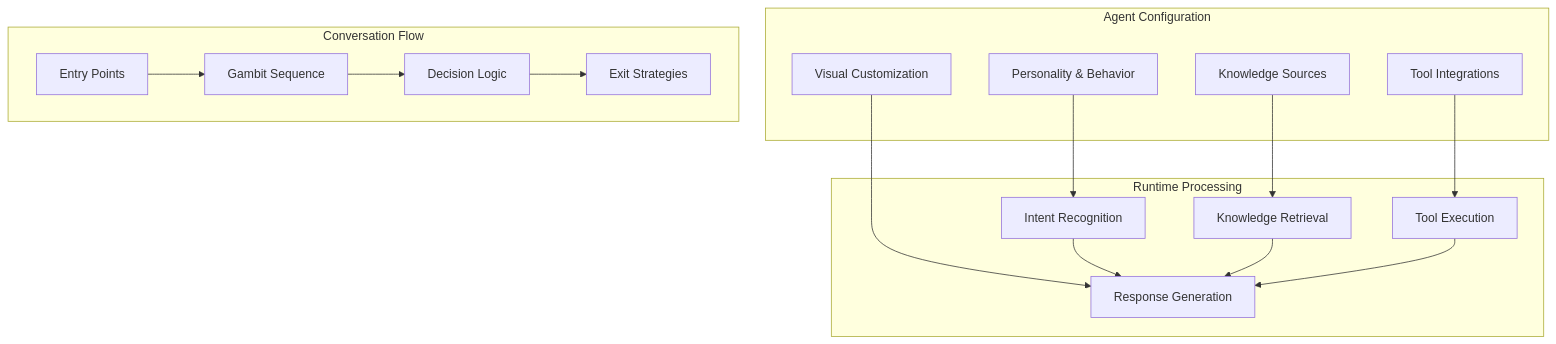
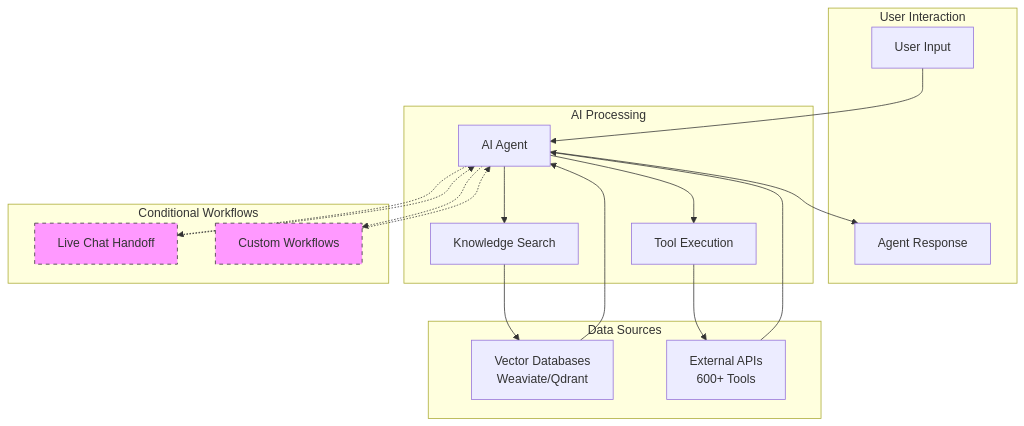
The diagram in platform-fundamentals/key-concepts.mdx (VENUCODE/docs), drawn with Mermaid before and after one commit. The commit also changed other lines of this file and 11 other files, not shown here.

````diff
--- a/platform-fundamentals/key-concepts.mdx
+++ b/platform-fundamentals/key-concepts.mdx
@@ -112,34 +54,39 @@
 ```mermaid
 graph TB
-    subgraph "Agent Configuration"
-        A[Personality & Behavior]
-        B[Knowledge Sources]
-        C[Tool Integrations]
-        D[Visual Customization]
+    subgraph "User Interaction"
+        A[User Input]
+        B[Agent Response]
     end
     
-    subgraph "Conversation Flow"
-        E[Entry Points]
-        F[Gambit Sequence]
-        G[Decision Logic]
-        H[Exit Strategies]
+    subgraph "AI Processing"
+        C[AI Agent]
+        D[Knowledge Search]
+        E[Tool Execution]
     end
     
-    subgraph "Runtime Processing"
-        I[Intent Recognition]
-        J[Knowledge Retrieval]
-        K[Tool Execution]
-        L[Response Generation]
+    subgraph "Conditional Workflows"
+        F[Live Chat Handoff]
+        G[Custom Workflows]
     end
     
-    A --> I
-    B --> J
-    C --> K
-    D --> L
-    E --> F
-    F --> G
-    G --> H
-    I --> L
-    J --> L
-    K --> L
+    subgraph "Data Sources"
+        H[Vector Databases<br/>Weaviate/Qdrant]
+        I[External APIs<br/>600+ Tools]
+    end
+    
+    A --> C
+    C --> D
+    C --> E
+    C -.-> F
+    C -.-> G
+    D --> H
+    E --> I
+    H --> C
+    I --> C
+    F -.-> C
+    G -.-> C
+    C --> B
+    
+    style F fill:#f9f,stroke:#333,stroke-dasharray: 5 5
+    style G fill:#f9f,stroke:#333,stroke-dasharray: 5 5
 ```
````
